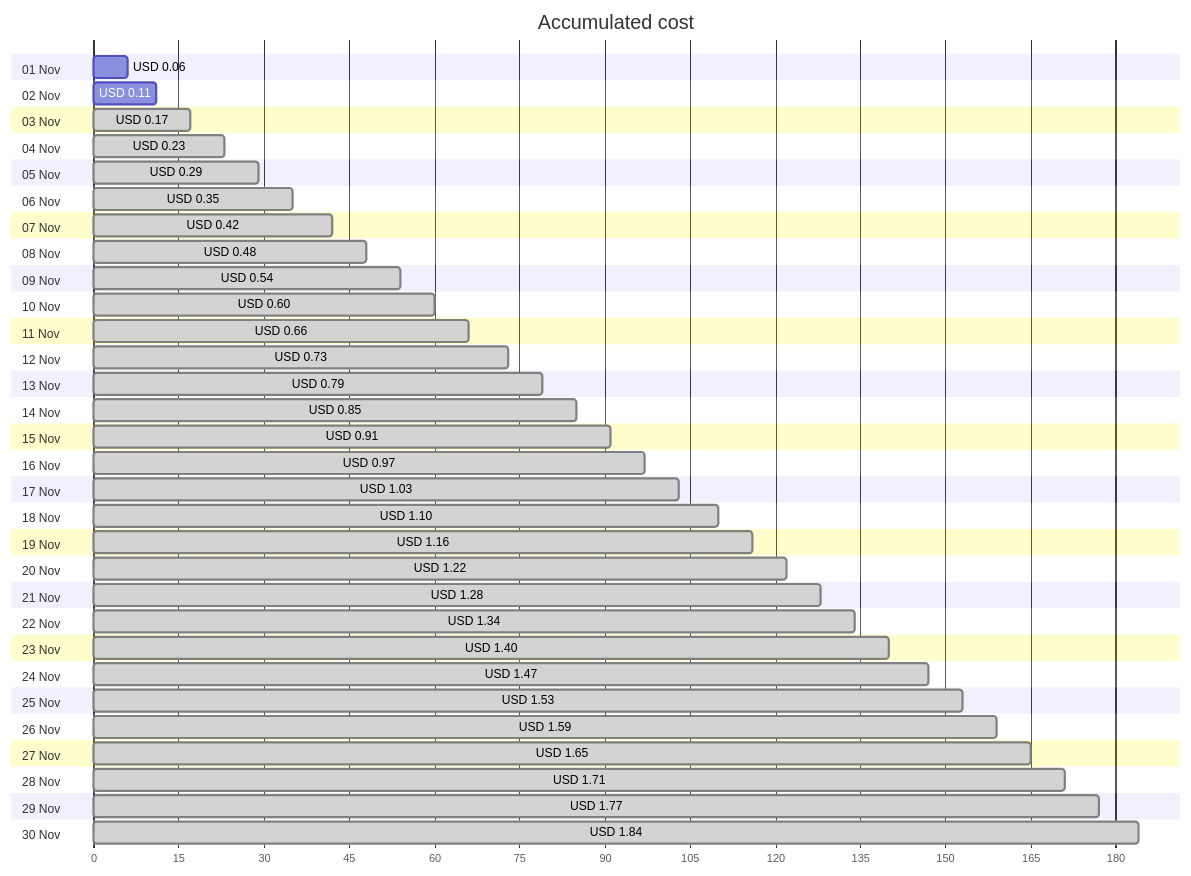
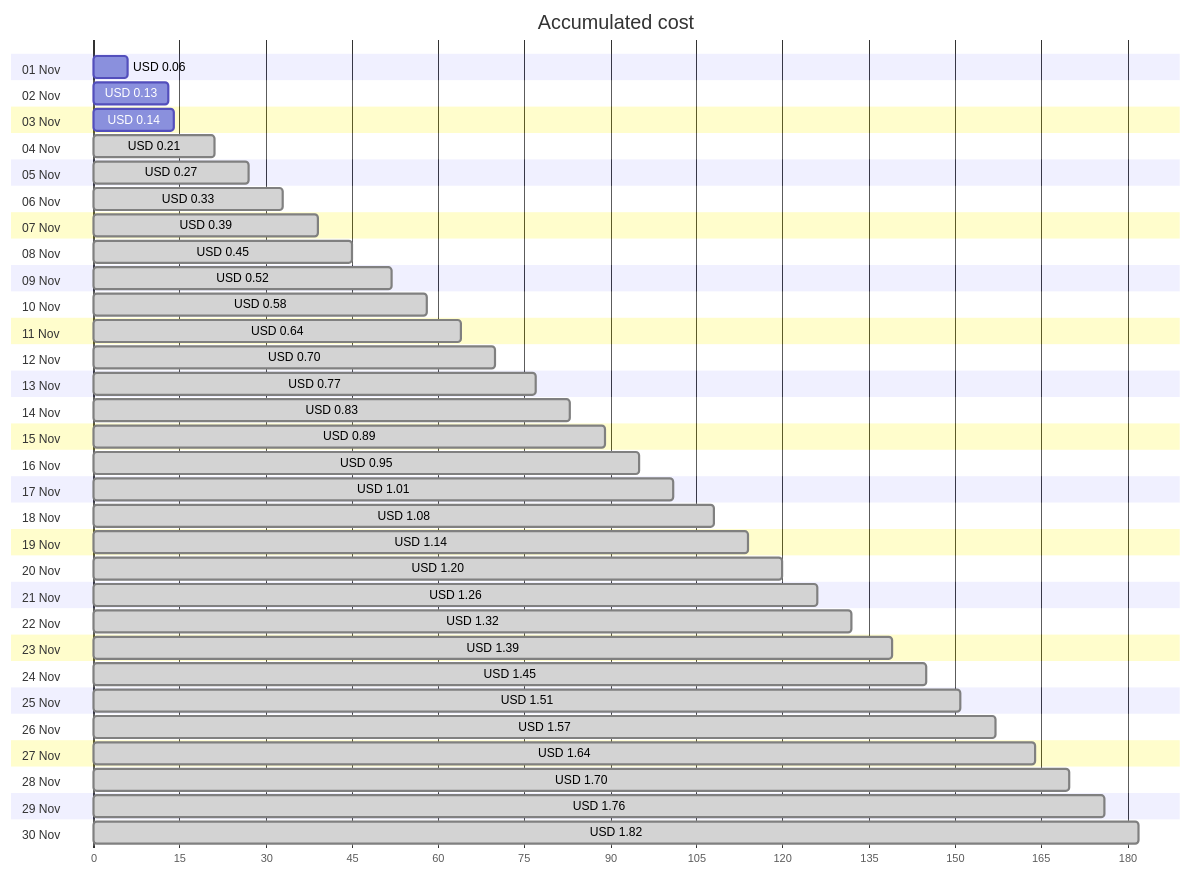
Before and after one commit to jpfulton/azure-personal-reports: the first of 4 diagrams in cost-reports/personal-network/backup-server_OsDisk.md, drawn with Mermaid. The commit also changed other lines of this file and 8 other files, not shown here.

````diff
--- a/cost-reports/personal-network/backup-server_OsDisk.md
+++ b/cost-reports/personal-network/backup-server_OsDisk.md
@@ -20,66 +20,66 @@
 ```mermaid
 gantt
    title Accumulated cost
    dateFormat  X
    axisFormat %s
    section 01 Nov
    USD 0.06 :0, 6
    section 02 Nov
-   USD 0.11 :0, 11
+   USD 0.13 :0, 13
    section 03 Nov
-   USD 0.17 : done, 0, 17
+   USD 0.14 :0, 14
    section 04 Nov
-   USD 0.23 : done, 0, 23
+   USD 0.21 : done, 0, 21
    section 05 Nov
-   USD 0.29 : done, 0, 29
+   USD 0.27 : done, 0, 27
    section 06 Nov
-   USD 0.35 : done, 0, 35
+   USD 0.33 : done, 0, 33
    section 07 Nov
-   USD 0.42 : done, 0, 42
+   USD 0.39 : done, 0, 39
    section 08 Nov
-   USD 0.48 : done, 0, 48
+   USD 0.45 : done, 0, 45
    section 09 Nov
-   USD 0.54 : done, 0, 54
+   USD 0.52 : done, 0, 52
    section 10 Nov
-   USD 0.60 : done, 0, 60
+   USD 0.58 : done, 0, 58
    section 11 Nov
-   USD 0.66 : done, 0, 66
+   USD 0.64 : done, 0, 64
    section 12 Nov
-   USD 0.73 : done, 0, 73
+   USD 0.70 : done, 0, 70
    section 13 Nov
-   USD 0.79 : done, 0, 79
+   USD 0.77 : done, 0, 77
    section 14 Nov
-   USD 0.85 : done, 0, 85
+   USD 0.83 : done, 0, 83
    section 15 Nov
-   USD 0.91 : done, 0, 91
+   USD 0.89 : done, 0, 89
    section 16 Nov
-   USD 0.97 : done, 0, 97
+   USD 0.95 : done, 0, 95
    section 17 Nov
-   USD 1.03 : done, 0, 103
+   USD 1.01 : done, 0, 101
    section 18 Nov
-   USD 1.10 : done, 0, 110
+   USD 1.08 : done, 0, 108
    section 19 Nov
-   USD 1.16 : done, 0, 116
+   USD 1.14 : done, 0, 114
    section 20 Nov
-   USD 1.22 : done, 0, 122
+   USD 1.20 : done, 0, 120
    section 21 Nov
-   USD 1.28 : done, 0, 128
+   USD 1.26 : done, 0, 126
    section 22 Nov
-   USD 1.34 : done, 0, 134
+   USD 1.32 : done, 0, 132
    section 23 Nov
-   USD 1.40 : done, 0, 140
+   USD 1.39 : done, 0, 139
    section 24 Nov
-   USD 1.47 : done, 0, 147
+   USD 1.45 : done, 0, 145
    section 25 Nov
-   USD 1.53 : done, 0, 153
+   USD 1.51 : done, 0, 151
    section 26 Nov
-   USD 1.59 : done, 0, 159
+   USD 1.57 : done, 0, 157
    section 27 Nov
-   USD 1.65 : done, 0, 165
+   USD 1.64 : done, 0, 164
    section 28 Nov
-   USD 1.71 : done, 0, 171
+   USD 1.70 : done, 0, 170
    section 29 Nov
-   USD 1.77 : done, 0, 177
+   USD 1.76 : done, 0, 176
    section 30 Nov
-   USD 1.84 : done, 0, 184
+   USD 1.82 : done, 0, 182
 ```
````
